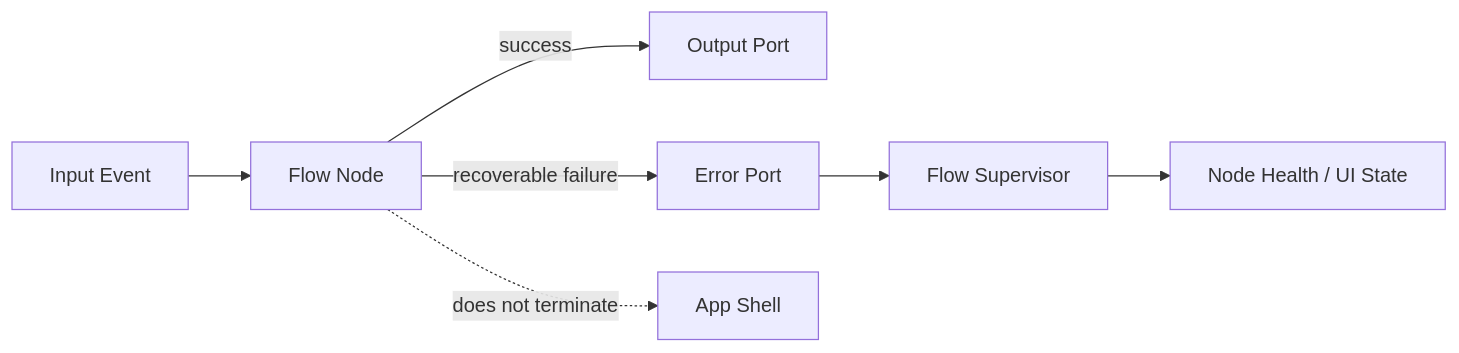
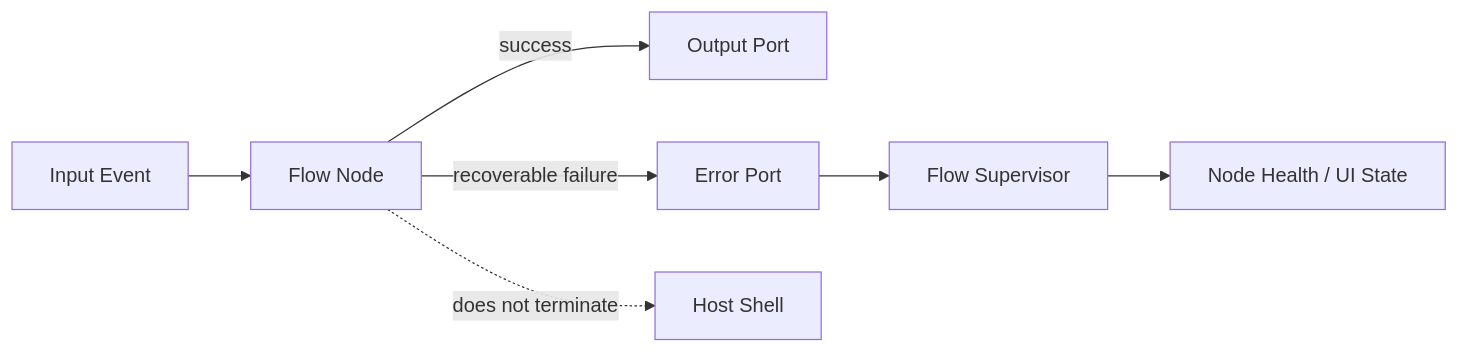
The diagram in docs/flow-errors.md (araxis/FluxMq), drawn with Mermaid before and after one commit. The commit also changed other lines of this file and 11 other files, not shown here.

````diff
--- a/docs/flow-errors.md
+++ b/docs/flow-errors.md
@@ -63,9 +63,9 @@
 ```mermaid
 flowchart LR
     Input["Input Event"] --> Node["Flow Node"]
     Node -->|success| Output["Output Port"]
     Node -->|recoverable failure| Error["Error Port"]
     Error --> Supervisor["Flow Supervisor"]
     Supervisor --> State["Node Health / UI State"]
-    Node -. "does not terminate" .-> App["App Shell"]
+    Node -. "does not terminate" .-> Host["Host Shell"]
 ```
````
